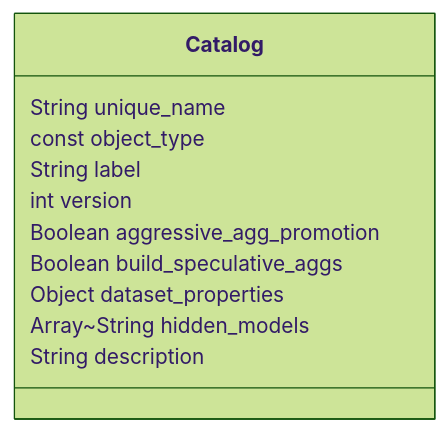
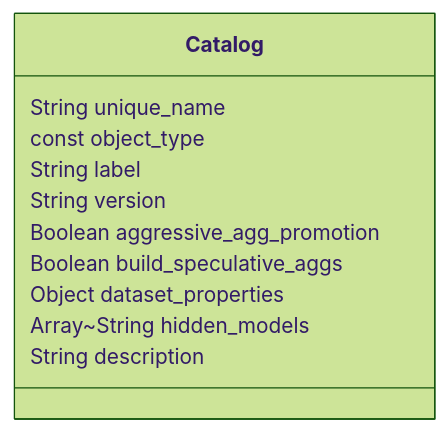
One commit to semanticdatalayer/SML changed the diagram in sml-reference/catalog.md. Above: the diagram before and after it, drawn with Mermaid (forest theme). The commit also changed other lines of this file and 1 other file, not shown here.

Commit message:
docs: [ATSCALE-49237] add is_active to model relationships and string catalog version

````diff
--- a/sml-reference/catalog.md
+++ b/sml-reference/catalog.md
@@ -24,14 +24,14 @@
 ```mermaid
 classDiagram
     class Catalog{
       String unique_name
       const object_type
       String label
-      int version
+      String version
       Boolean aggressive_agg_promotion
       Boolean build_speculative_aggs
       Object dataset_properties
       Array~String hidden_models
       String description
     }
 ```
````
